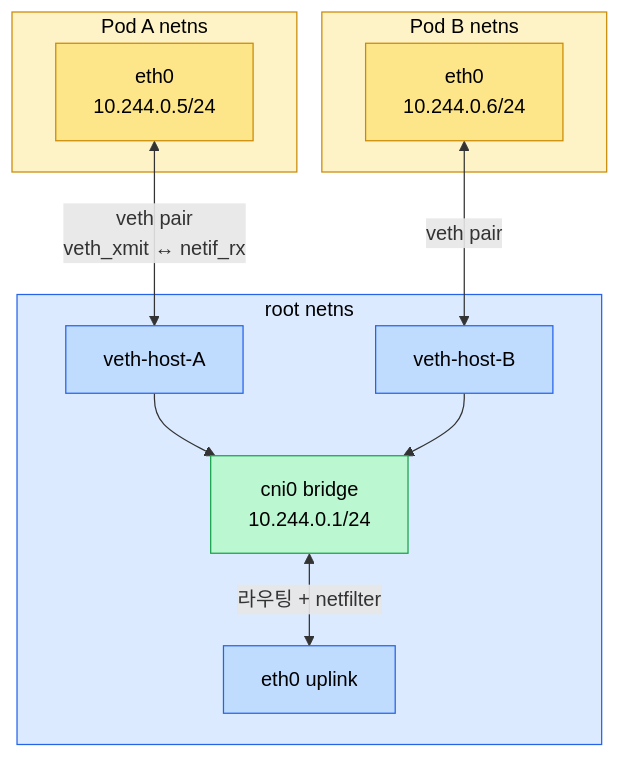
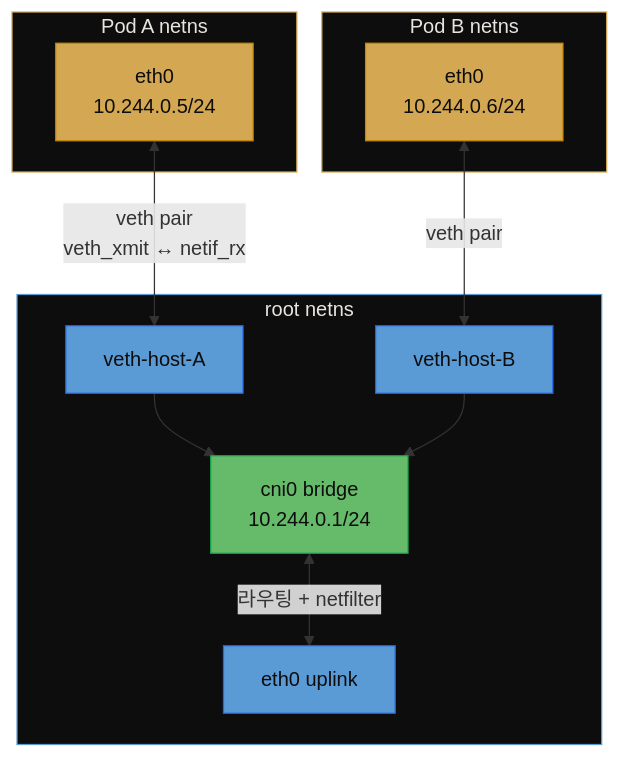
The second of 4 diagrams in write/02_os/networking/01-01.네트워킹 기초.md (scofe97/StduyWrite), drawn with Mermaid before and after one commit. The commit also changed other lines of this file and 3 other files, not shown here.

````diff
--- a/write/02_os/networking/01-01.네트워킹 기초.md
+++ b/write/02_os/networking/01-01.네트워킹 기초.md
@@ -265,31 +179,31 @@
 ```mermaid
 graph TB
     subgraph PA["Pod A netns"]
         EA["eth0<br/>10.244.0.5/24"]
     end
     subgraph PB["Pod B netns"]
         EB["eth0<br/>10.244.0.6/24"]
     end
     subgraph RNS["root netns"]
         VHA["veth-host-A"]
         VHB["veth-host-B"]
         BR["cni0 bridge<br/>10.244.0.1/24"]
         UP["eth0 uplink"]
     end
 
     EA <-->|"veth pair<br/>veth_xmit ↔ netif_rx"| VHA
     EB <-->|"veth pair"| VHB
     VHA --> BR
     VHB --> BR
     BR <-->|"라우팅 + netfilter"| UP
 
-    style PA fill:#fef3c7,stroke:#ca8a04,color:#000
-    style PB fill:#fef3c7,stroke:#ca8a04,color:#000
-    style RNS fill:#dbeafe,stroke:#2563eb,color:#000
-    style EA fill:#fde68a,stroke:#ca8a04,color:#000
-    style EB fill:#fde68a,stroke:#ca8a04,color:#000
-    style VHA fill:#bfdbfe,stroke:#2563eb,color:#000
-    style VHB fill:#bfdbfe,stroke:#2563eb,color:#000
-    style BR fill:#bbf7d0,stroke:#16a34a,color:#000
-    style UP fill:#bfdbfe,stroke:#2563eb,color:#000
+    style PA fill:#0d0d0d,stroke:#d4a853,color:#e8e4df
+    style PB fill:#0d0d0d,stroke:#d4a853,color:#e8e4df
+    style RNS fill:#0d0d0d,stroke:#5b9bd5,color:#e8e4df
+    style EA fill:#d4a853,stroke:#ca8a04,color:#0d0d0d
+    style EB fill:#d4a853,stroke:#ca8a04,color:#0d0d0d
+    style VHA fill:#5b9bd5,stroke:#2563eb,color:#0d0d0d
+    style VHB fill:#5b9bd5,stroke:#2563eb,color:#0d0d0d
+    style BR fill:#66bb6a,stroke:#16a34a,color:#0d0d0d
+    style UP fill:#5b9bd5,stroke:#2563eb,color:#0d0d0d
 ```
````
